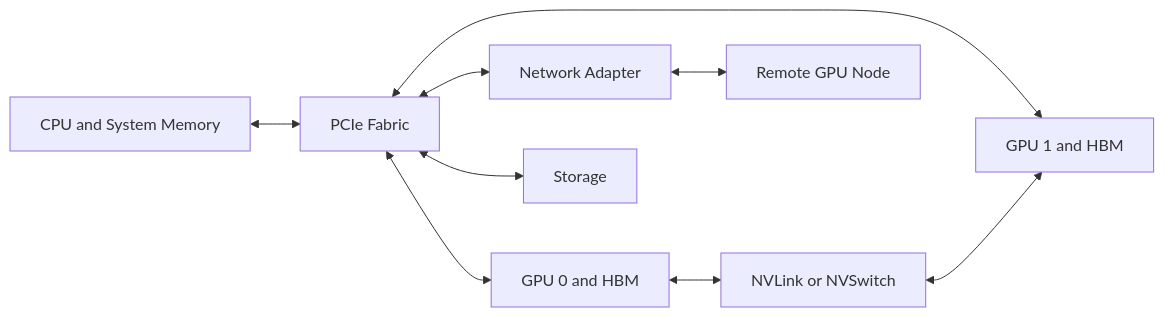
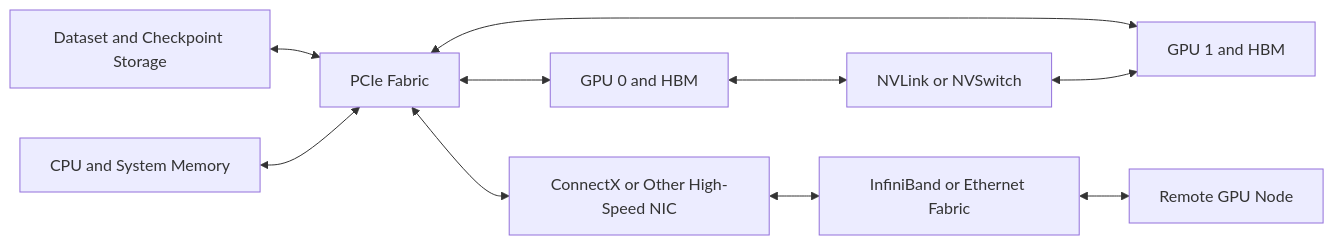
One commit to jithinpnjm/nvidia-devops changed the diagram in docs/nvidia-zero-to-hero/volume-07/index.md. Above: the diagram before and after it, drawn with Mermaid. The commit also changed other lines of this file, not shown here.

````diff
--- a/docs/nvidia-zero-to-hero/volume-07/index.md
+++ b/docs/nvidia-zero-to-hero/volume-07/index.md
@@ -28,18 +47,19 @@
 ```mermaid
 flowchart LR
+    Storage[Dataset and Checkpoint Storage]
     CPU[CPU and System Memory]
     PCIe[PCIe Fabric]
     GPU0[GPU 0 and HBM]
     GPU1[GPU 1 and HBM]
-    NVLink[NVLink or NVSwitch]
-    NIC[Network Adapter]
-    Storage[Storage]
+    ScaleUp[NVLink or NVSwitch]
+    NIC[ConnectX or Other High-Speed NIC]
+    Fabric[InfiniBand or Ethernet Fabric]
     Remote[Remote GPU Node]
 
+    Storage <--> PCIe
     CPU <--> PCIe
     PCIe <--> GPU0
     PCIe <--> GPU1
-    GPU0 <--> NVLink <--> GPU1
-    PCIe <--> NIC <--> Remote
-    PCIe <--> Storage
+    GPU0 <--> ScaleUp <--> GPU1
+    PCIe <--> NIC <--> Fabric <--> Remote
 ```
````
